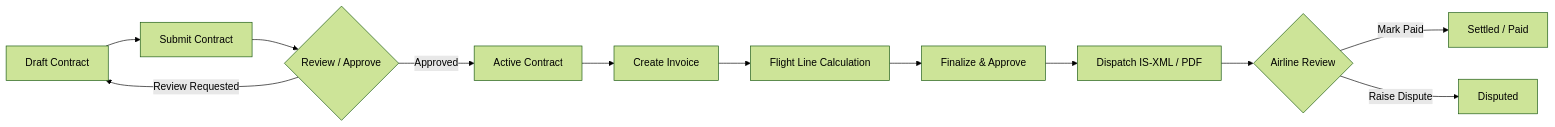
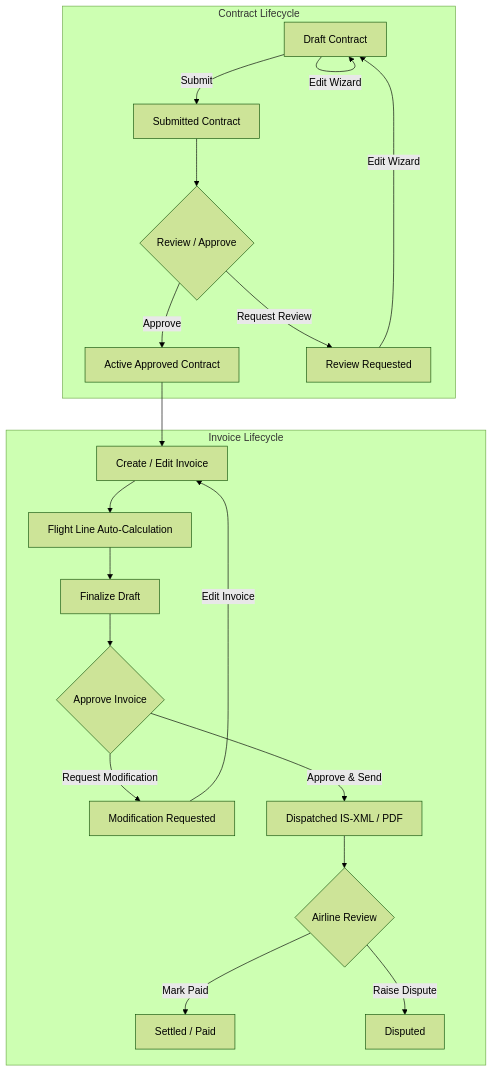
One commit to shamithmc/gh-clearing changed the diagram in docs/product-guide/README.md. Above: the diagram before and after it, drawn with Mermaid (forest theme). The commit also changed other lines of this file and 7 other files, not shown here.

````diff
--- a/docs/product-guide/README.md
+++ b/docs/product-guide/README.md
@@ -49,14 +52,24 @@
 ```mermaid
-flowchart LR
-    A[Draft Contract] --> B[Submit Contract]
-    B --> C{Review / Approve}
-    C -->|Approved| D[Active Contract]
-    C -->|Review Requested| A
-    D --> E[Create Invoice]
-    E --> F[Flight Line Calculation]
-    F --> G[Finalize & Approve]
-    G --> H[Dispatch IS-XML / PDF]
-    H --> I{Airline Review}
-    I -->|Mark Paid| J[Settled / Paid]
-    I -->|Raise Dispute| K[Disputed]
+flowchart TD
+    subgraph Contract Lifecycle
+        A[Draft Contract] -->|Submit| B[Submitted Contract]
+        B --> C{Review / Approve}
+        C -->|Approve| D[Active Approved Contract]
+        C -->|Request Review| E[Review Requested]
+        E -->|Edit Wizard| A
+        A -->|Edit Wizard| A
+    end
+    
+    subgraph Invoice Lifecycle
+        D --> F[Create / Edit Invoice]
+        F --> G[Flight Line Auto-Calculation]
+        G --> H[Finalize Draft]
+        H --> I{Approve Invoice}
+        I -->|Request Modification| J[Modification Requested]
+        J -->|Edit Invoice| F
+        I -->|Approve & Send| K[Dispatched IS-XML / PDF]
+        K --> L{Airline Review}
+        L -->|Mark Paid| M[Settled / Paid]
+        L -->|Raise Dispute| N[Disputed]
+    end
 ```
````
